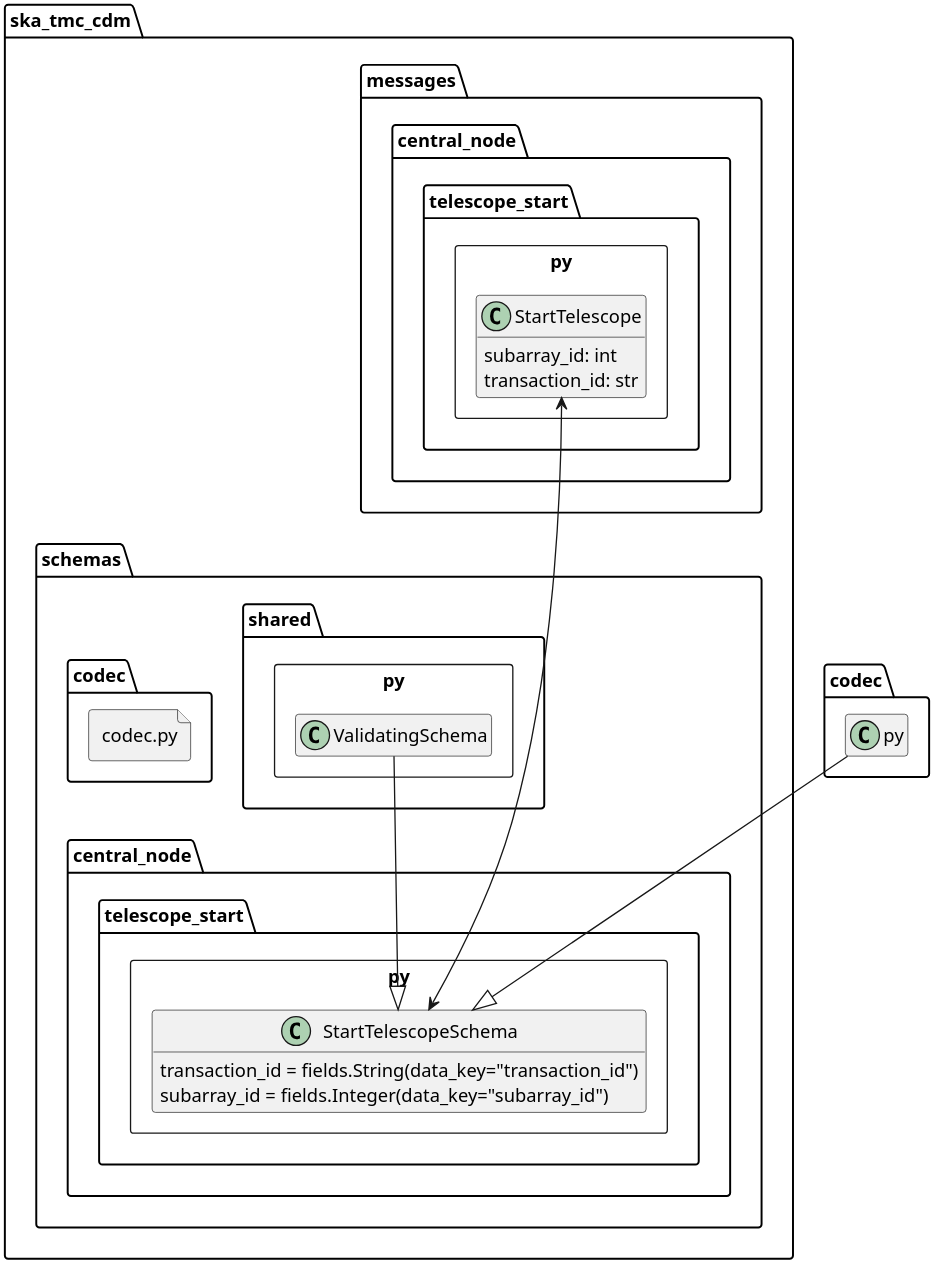
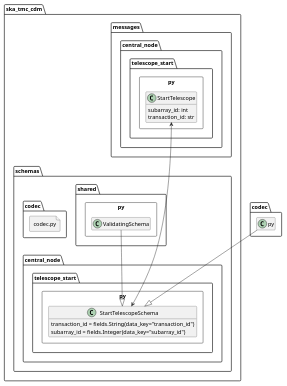
The diagram in docs/src/developer/centralnode/telescopestart.puml (ska-telescope/cdm-shared-library), drawn with PlantUML before and after one commit. The commit also changed 2 other files, not shown here.

```diff
--- a/docs/src/developer/centralnode/telescopestart.puml
+++ b/docs/src/developer/centralnode/telescopestart.puml
@@ -1,45 +1,45 @@
 @startuml
-scale 2000 width
+scale 600 width
 !pragma useNewPackage
 allow_mixing
 hide empty members
 
 package ska_tmc_cdm.messages.central_node {
 
     package telescope_start.py <<Rectangle>> {
         class StartTelescope
         {
         subarray_id: int
         transaction_id: str
         }
         
     }
 }
 package ska_tmc_cdm.schemas {
 
 
     package shared.py <<Rectangle>>
      {
         class ValidatingSchema
         
     }
 }
 package ska_tmc_cdm.schemas {
     file codec.py
 
 }
 
 package ska_tmc_cdm.schemas.central_node {
 	package telescope_start.py <<Rectangle>> {
         class StartTelescopeSchema 
 {
     transaction_id = fields.String(data_key="transaction_id")
     subarray_id = fields.Integer(data_key="subarray_id")
 }
 	}
 }
 
 ValidatingSchema --|> StartTelescopeSchema
 codec.py --|> StartTelescopeSchema
 StartTelescope <---> StartTelescopeSchema
 @enduml
```
